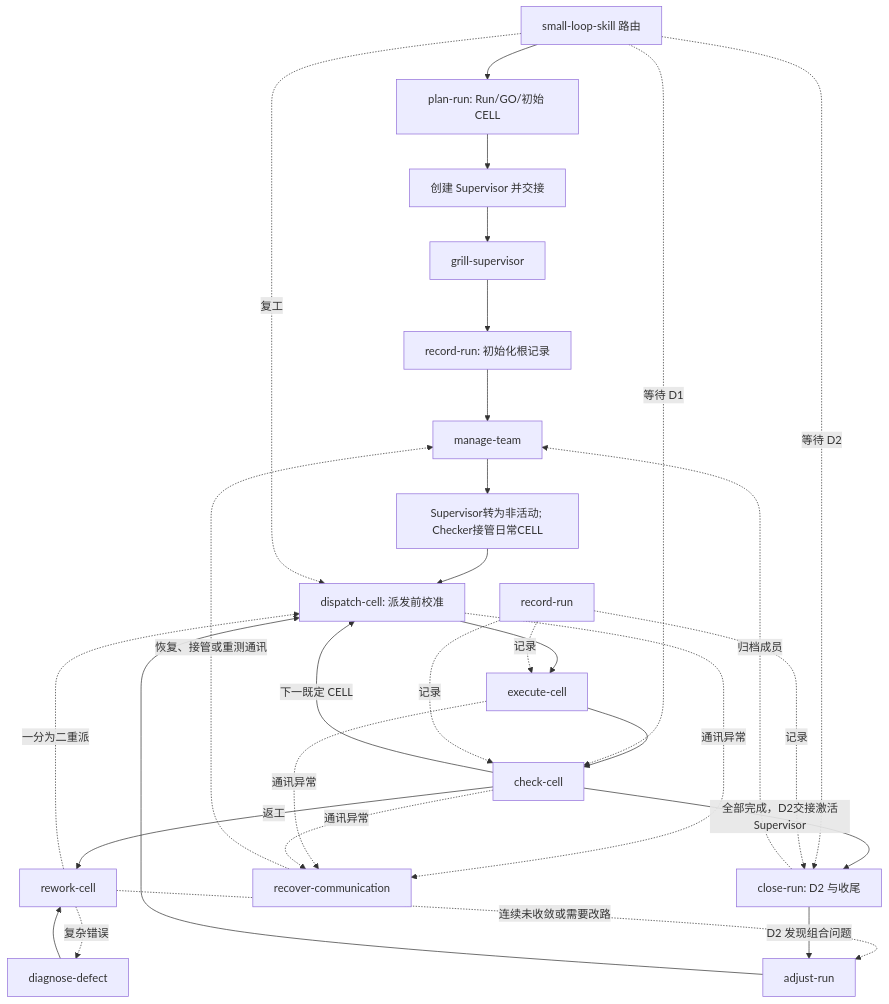
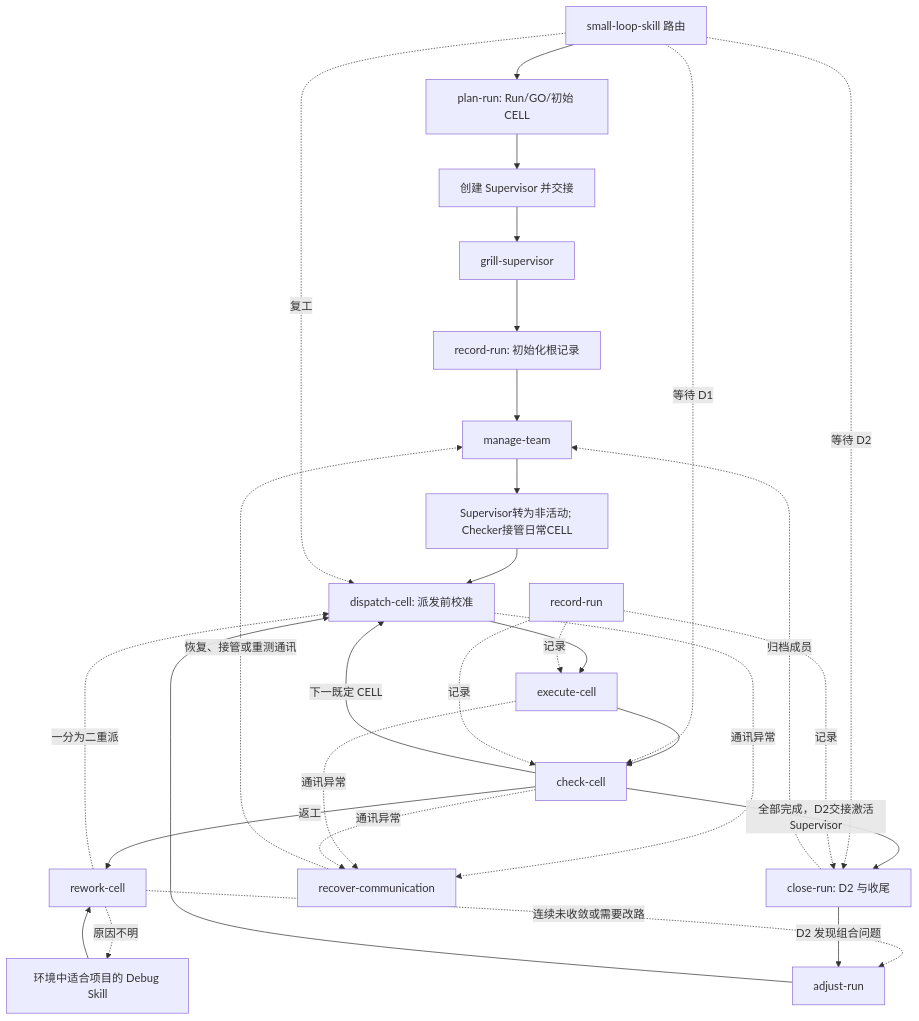
One commit to DWG7318/small-loop-skill changed the diagram in docs/superpowers/specs/2026-08-22-slk-lightweight-skill-collection-design.md. Above: the diagram before and after it, drawn with Mermaid. The commit also changed other lines of this file and 14 other files, not shown here.

````diff
--- a/docs/superpowers/specs/2026-08-22-slk-lightweight-skill-collection-design.md
+++ b/docs/superpowers/specs/2026-08-22-slk-lightweight-skill-collection-design.md
@@ -128,32 +127,32 @@
 ```mermaid
 flowchart TB
     M[small-loop-skill 路由]
     P[plan-run: Run/GO/初始 CELL] --> S[创建 Supervisor 并交接] --> G[grill-supervisor]
     G --> I[record-run: 初始化根记录] --> B[manage-team]
     B --> H[Supervisor转为非活动; Checker接管日常CELL] --> D[dispatch-cell: 派发前校准] --> E[execute-cell] --> K[check-cell]
     K -->|下一既定 CELL| D
     K -->|全部完成，D2交接激活Supervisor| X[close-run: D2 与收尾]
 
     M --> P
     M -.复工.-> D
     M -.等待 D1.-> K
     M -.等待 D2.-> X
 
     RR[record-run] -.记录.-> E
     RR -.记录.-> K
     RR -.记录.-> X
 
     K -->|返工| RW[rework-cell]
-    RW -.复杂错误.-> DF[diagnose-defect]
+    RW -.原因不明.-> DBG[环境中适合项目的 Debug Skill]
     RW -.一分为二重派.-> D
     RW -.连续未收敛或需要改路.-> RP[adjust-run]
-    DF --> RW
+    DBG --> RW
     RP --> D
 
     D -.通讯异常.-> RC[recover-communication]
     E -.通讯异常.-> RC
     K -.通讯异常.-> RC
     RC -.恢复、接管或重测通讯.-> B
     X -->|D2 发现组合问题| RP
     X -.归档成员.-> B
 ```
````
